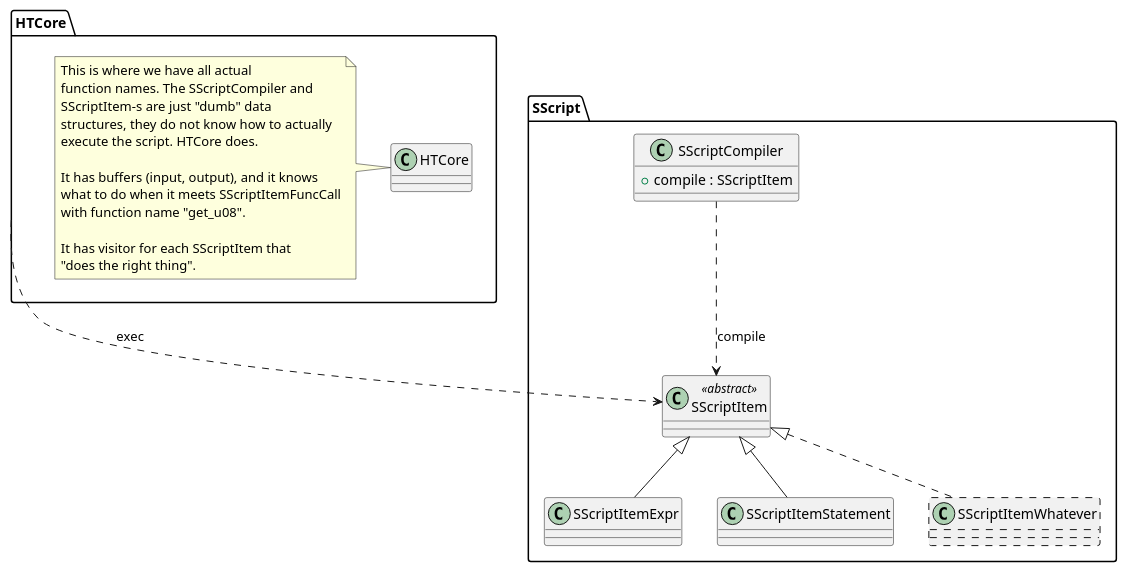
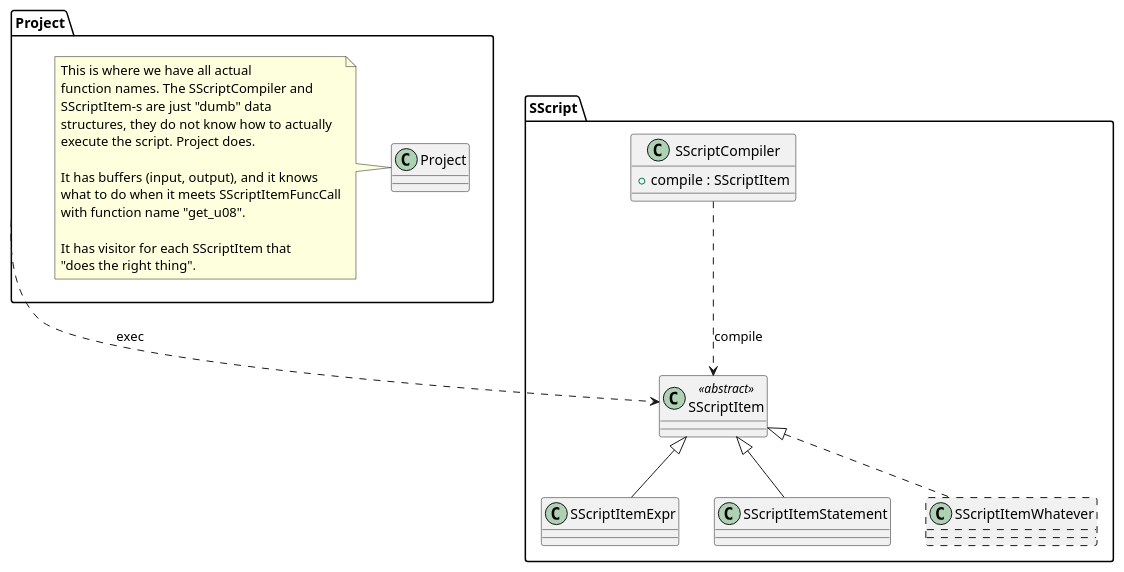
Before and after one commit to dimonomid/bterm: the diagram in stuff/uml/sscript.pu, drawn with PlantUML. The commit also changed 6 other files, not shown here.

Commit message:
HTCore -> HTCore::Project

```diff
--- a/stuff/uml/sscript.pu
+++ b/stuff/uml/sscript.pu
@@ -1,49 +1,49 @@
 @startuml
 
 package SScript {
    class SScriptCompiler {
       +compile : SScriptItem
    }
 
    class SScriptItem <<abstract>> {
    }
 
    class SScriptItemExpr {
    }
 
    class SScriptItemStatement {
    }
 
    class SScriptItemWhatever ##[dashed] {
    }
 
    SScriptItem <|-- SScriptItemExpr
    SScriptItem <|-- SScriptItemStatement
    SScriptItem <|.. SScriptItemWhatever
 
    SScriptCompiler ..> SScriptItem : compile
 }
 
-package HTCore {
-   class HTCore {
+package Project {
+   class Project {
 
    }
    note left
       This is where we have all actual
       function names. The SScriptCompiler and
       SScriptItem-s are just "dumb" data
       structures, they do not know how to actually
-      execute the script. HTCore does.
+      execute the script. Project does.
 
       It has buffers (input, output), and it knows
       what to do when it meets SScriptItemFuncCall
       with function name "get_u08".
 
       It has visitor for each SScriptItem that
       "does the right thing".
    end note
 }
 
-HTCore ..> SScriptItem : exec
+Project ..> SScriptItem : exec
 
 @enduml
```
